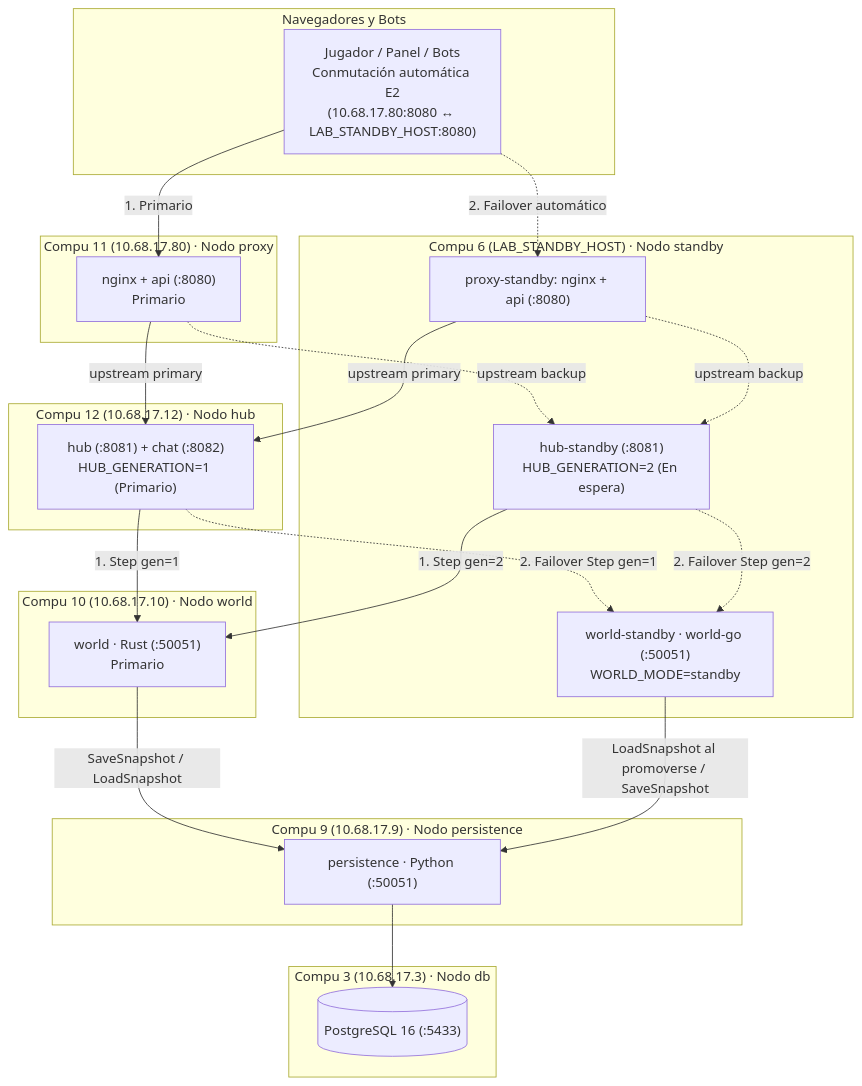
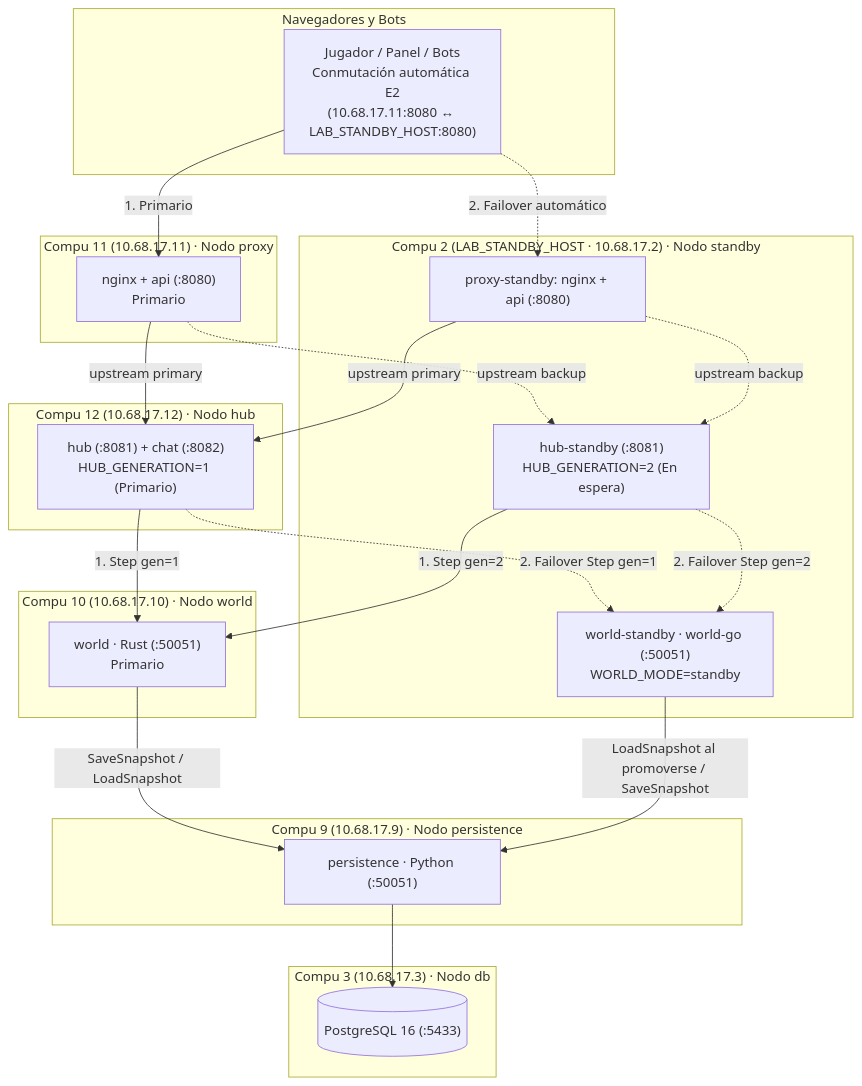
Before and after one commit to iadev2005/hydrovalley: the diagram in docs/decisiones/b8-orquestacion.md, drawn with Mermaid. The commit also changed other lines of this file and 4 other files, not shown here.

````diff
--- a/docs/decisiones/b8-orquestacion.md
+++ b/docs/decisiones/b8-orquestacion.md
@@ -132,46 +132,46 @@
 ```mermaid
 flowchart TD
     subgraph Clientes["Navegadores y Bots"]
-        B["Jugador / Panel / Bots<br/>Conmutación automática E2<br/>(10.68.17.80:8080 ↔ LAB_STANDBY_HOST:8080)"]
+        B["Jugador / Panel / Bots<br/>Conmutación automática E2<br/>(10.68.17.11:8080 ↔ LAB_STANDBY_HOST:8080)"]
     end
 
-    subgraph N4["Compu 11 (10.68.17.80) · Nodo proxy"]
+    subgraph N4["Compu 11 (10.68.17.11) · Nodo proxy"]
         P1["nginx + api (:8080)<br/>Primario"]
     end
 
     subgraph N3["Compu 12 (10.68.17.12) · Nodo hub"]
         H1["hub (:8081) + chat (:8082)<br/>HUB_GENERATION=1 (Primario)"]
     end
 
     subgraph N2["Compu 10 (10.68.17.10) · Nodo world"]
         W1["world · Rust (:50051)<br/>Primario"]
     end
 
-    subgraph N6["Compu 6 (LAB_STANDBY_HOST) · Nodo standby"]
+    subgraph N6["Compu 2 (LAB_STANDBY_HOST · 10.68.17.2) · Nodo standby"]
         P2["proxy-standby: nginx + api (:8080)"]
         H2["hub-standby (:8081)<br/>HUB_GENERATION=2 (En espera)"]
         W2["world-standby · world-go (:50051)<br/>WORLD_MODE=standby"]
     end
 
     subgraph N5["Compu 9 (10.68.17.9) · Nodo persistence"]
         PER["persistence · Python (:50051)"]
     end
 
     subgraph N1["Compu 3 (10.68.17.3) · Nodo db"]
         DB[("PostgreSQL 16 (:5433)")]
     end
 
     B -->|1. Primario| P1
     B -.->|2. Failover automático| P2
     P1 -->|upstream primary| H1
     P1 -.->|upstream backup| H2
     P2 -->|upstream primary| H1
     P2 -.->|upstream backup| H2
     H1 -->|1. Step gen=1| W1
     H1 -.->|2. Failover Step gen=1| W2
     H2 -->|1. Step gen=2| W1
     H2 -.->|2. Failover Step gen=2| W2
     W1 -->|SaveSnapshot / LoadSnapshot| PER
     W2 -->|LoadSnapshot al promoverse / SaveSnapshot| PER
     PER --> DB
 ```
````
